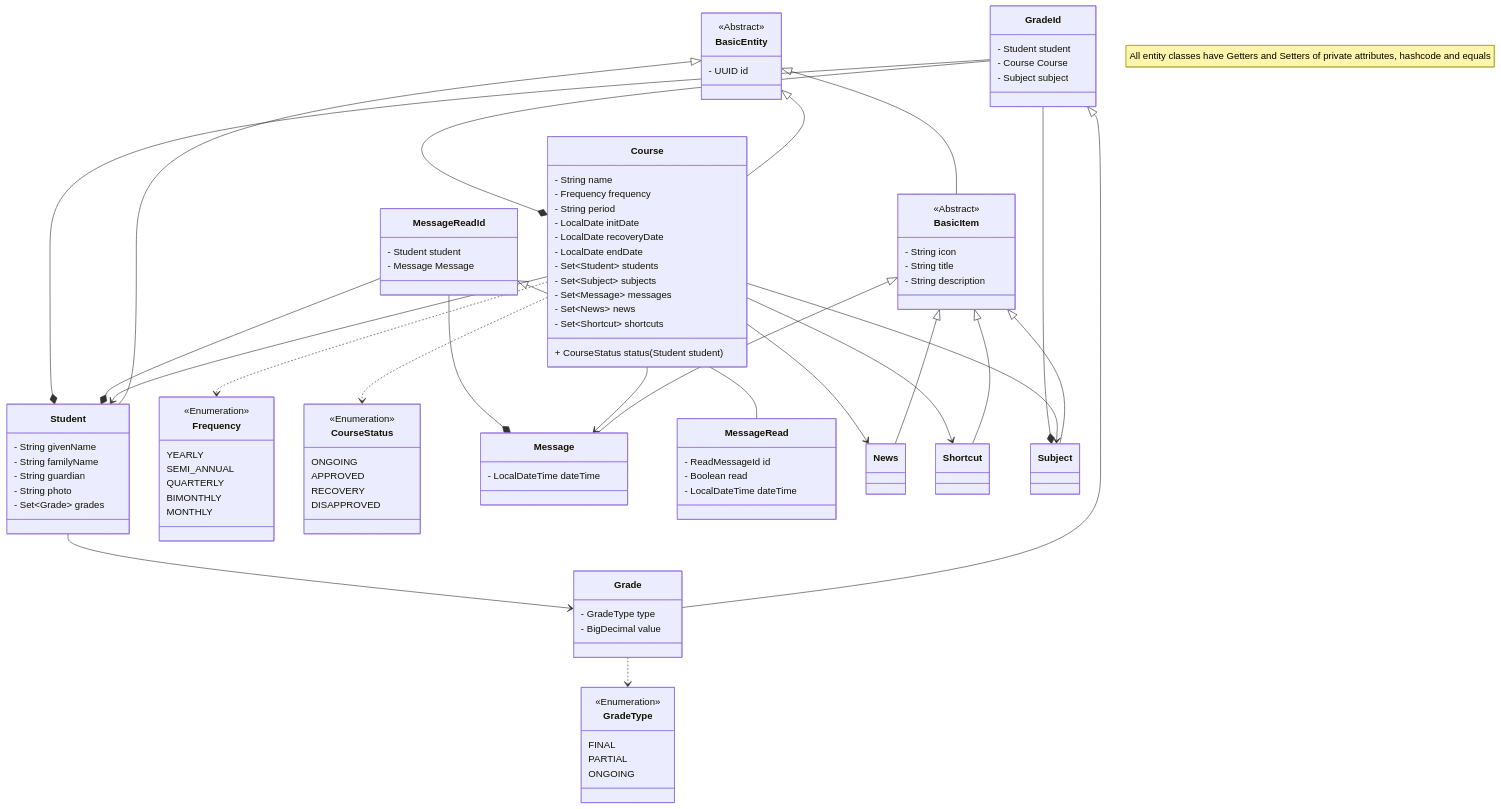
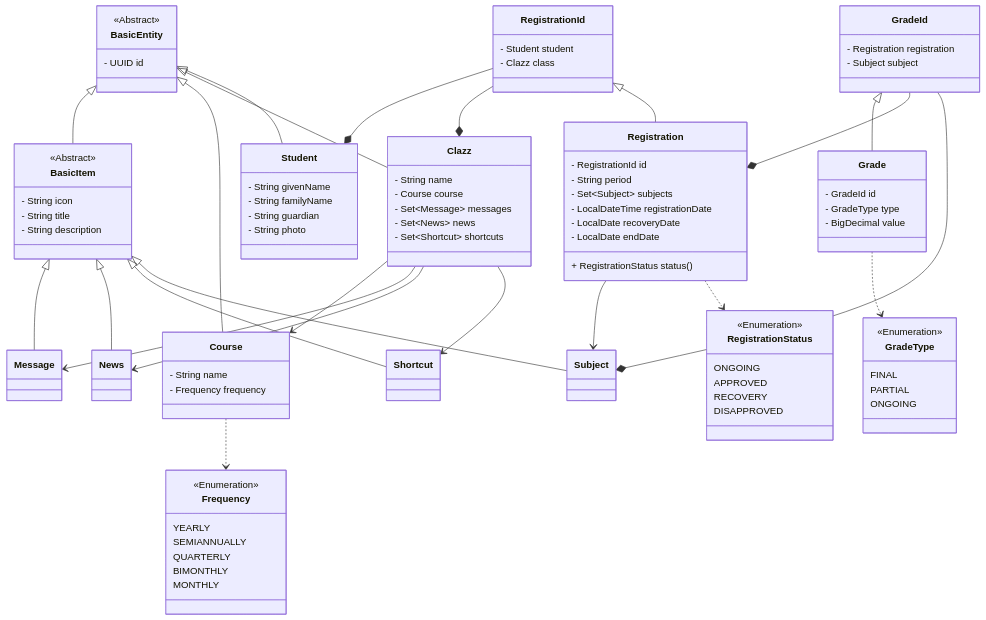
Before and after one commit to didifive/ess-api: the second of 2 diagrams in README.md, drawn with Mermaid. The commit also changed other lines of this file, not shown here.

Commit message:
docs: update readme and diagram

````diff
--- a/README.md
+++ b/README.md
@@ -176,34 +176,46 @@
         - String familyName
         - String guardian
         - String photo
-        - Set~Grade~ grades
     }
 
     class Course {
         - String name
         - Frequency frequency
-        - String period
-        - LocalDate initDate
-        - LocalDate recoveryDate
-        - LocalDate endDate
-        - Set~Student~ students
-        - Set~Subject~ subjects
+    }
+
+    class Clazz {
+        - String name
+        - Course course
         - Set~Message~ messages
         - Set~News~ news
         - Set~Shortcut~ shortcuts
-        + CourseStatus status(Student student)
+    }
+
+    class RegistrationId {
+        - Student student
+        - Clazz class
+    }
+    
+    class Registration {
+        - RegistrationId id
+        - String period
+        - Set~Subject~ subjects
+        - LocalDateTime registrationDate
+        - LocalDate recoveryDate
+        - LocalDate endDate
+        + RegistrationStatus status()
     }
 
     class Frequency {
         <<Enumeration>>
         YEARLY
-        SEMI_ANNUAL
+        SEMIANNUALLY
         QUARTERLY
         BIMONTHLY
         MONTHLY
     }
 
-    class CourseStatus {
+    class RegistrationStatus {
         <<Enumeration>>
         ONGOING
         APPROVED
@@ -212,29 +224,17 @@
     }
 
     class Message {
-        - LocalDateTime dateTime
     }
 
-    class MessageRead {
-        - ReadMessageId id
-        - Boolean read
-        - LocalDateTime dateTime
-    }
-
-    class MessageReadId {
-        - Student student
-        - Message Message
+    class GradeId {
+        - Registration registration
+        - Subject subject
     }
 
     class Grade {
+        - GradeId id
         - GradeType type
         - BigDecimal value
-    }
-
-    class GradeId {
-        - Student student
-        - Course Course
-        - Subject subject
     }
 
     class GradeType {
@@ -252,27 +252,24 @@
 
     BasicEntity <|-- BasicItem
     BasicEntity <|-- Course
+    BasicEntity <|-- Clazz
     BasicEntity <|-- Student
     BasicItem <|-- Message
     BasicItem <|-- News
     BasicItem <|-- Shortcut
     BasicItem <|-- Subject
-    Course --> Student
-    Course --> Subject
-    Course --> Message
-    Course --> News
-    Course --> Shortcut
-    Course ..> CourseStatus
     Course ..> Frequency
-    MessageReadId <|-- MessageRead 
-    MessageReadId --* Student
-    MessageReadId --* Message
+    Clazz --> Course
+    Clazz --> Message
+    Clazz --> News
+    Clazz --> Shortcut
+    RegistrationId --* Student
+    RegistrationId --* Clazz
+    RegistrationId <|-- Registration
+    Registration --> Subject
+    Registration ..> RegistrationStatus
     Grade ..> GradeType
     GradeId <|-- Grade
-    GradeId --* Student
-    GradeId --* Course
+    GradeId --* Registration
     GradeId --* Subject
-    Student --> Grade
-    
-    note "All entity classes have Getters and Setters of private attributes, hashcode and equals"
 ``` 
````
